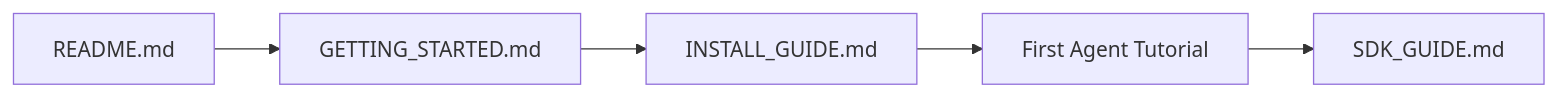
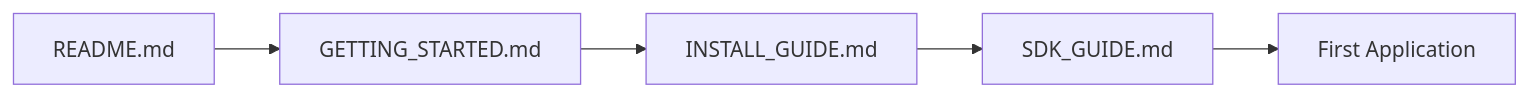
One commit to Prompt-or-Die/pod-protocol changed the first of 3 diagrams in DOCUMENTATION.md. Above: the diagram before and after it, drawn with Mermaid. The commit also changed other lines of this file and 535 other files, not shown here.

````diff
--- a/DOCUMENTATION.md
+++ b/DOCUMENTATION.md
@@ -72,7 +111,7 @@
 ```mermaid
 graph LR
     A[README.md] --> B[GETTING_STARTED.md]
     B --> C[INSTALL_GUIDE.md]
-    C --> D[First Agent Tutorial]
-    D --> E[SDK_GUIDE.md]
+    C --> D[SDK_GUIDE.md]
+    D --> E[First Application]
 ```
````
